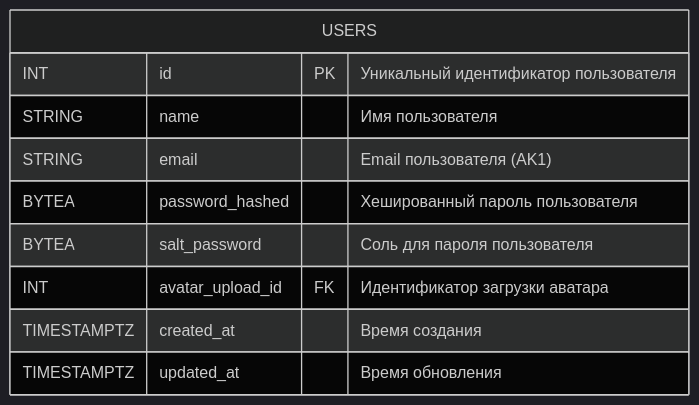
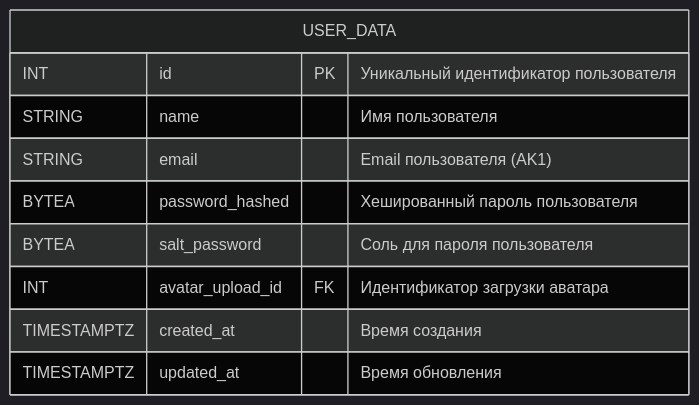
One commit to go-park-mail-ru/2024_1_Cyberkotletki changed diagram 12 of 21 in db/normalized/relations.md. Above: the diagram before and after it, drawn with Mermaid (dark theme). The commit also changed other lines of this file and 2 other files, not shown here.

````diff
--- a/db/normalized/relations.md
+++ b/db/normalized/relations.md
@@ -311,13 +312,13 @@
 ```mermaid
 erDiagram
-    USERS {
+    USER_DATA {
         INT id PK "Уникальный идентификатор пользователя"
         STRING name "Имя пользователя"
         STRING email "Email пользователя (AK1)"
         BYTEA password_hashed "Хешированный пароль пользователя"
         BYTEA salt_password "Соль для пароля пользователя"
         INT avatar_upload_id FK "Идентификатор загрузки аватара"
         TIMESTAMPTZ created_at "Время создания"
         TIMESTAMPTZ updated_at "Время обновления"
     }
 ```
````
